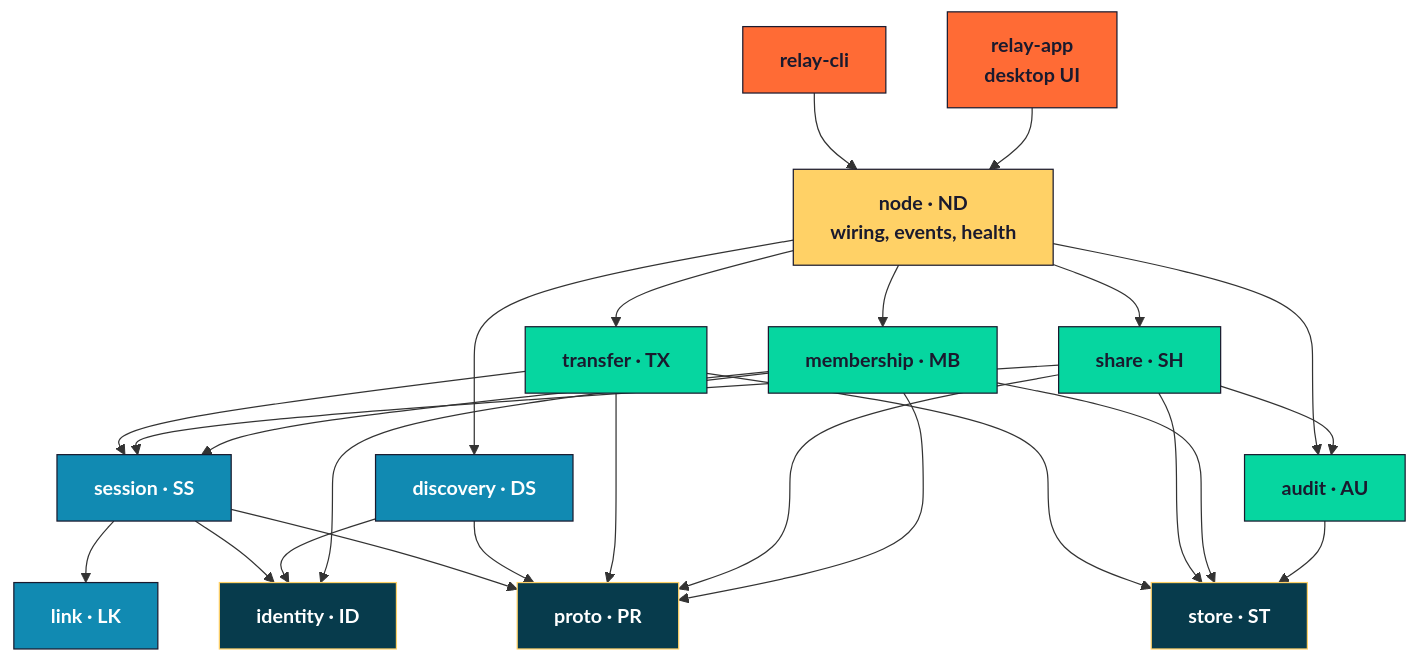
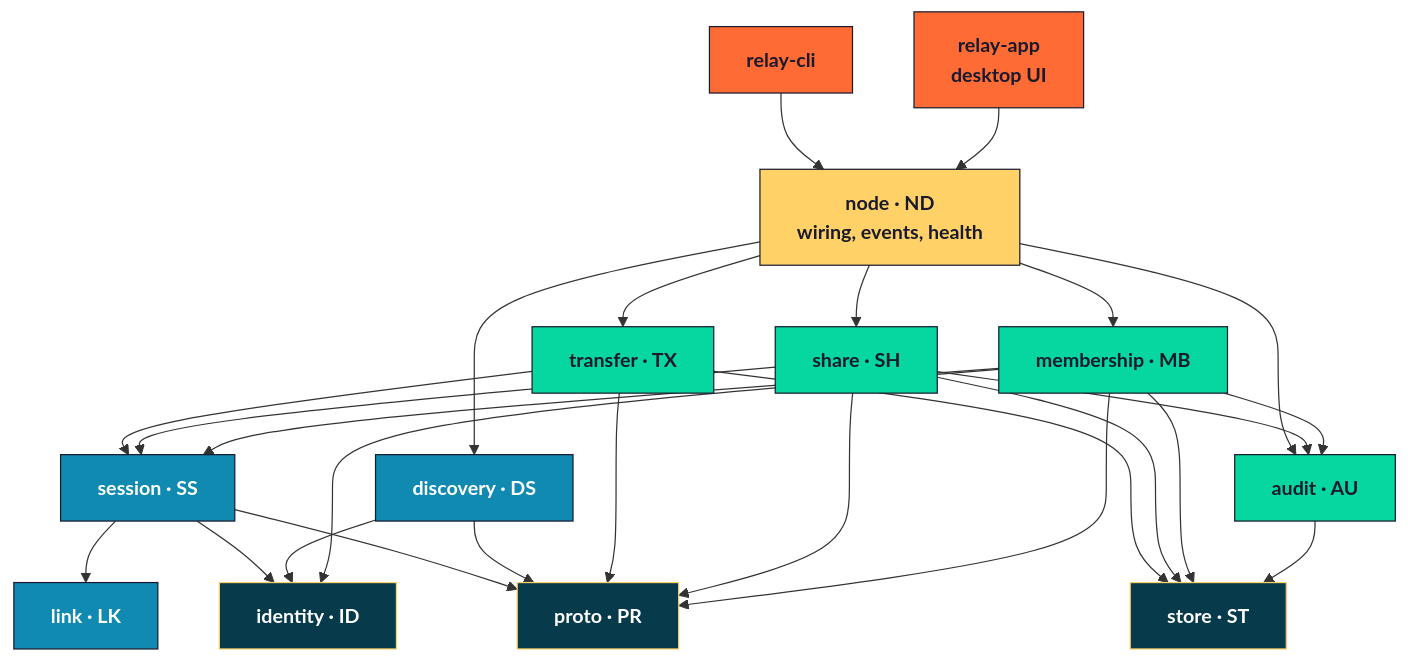
The first of 2 diagrams in docs/design/01-architecture.md (ShagnikPal123/Networking-Project), drawn with Mermaid before and after one commit. The commit also changed other lines of this file and 36 other files, not shown here.

````diff
--- a/docs/design/01-architecture.md
+++ b/docs/design/01-architecture.md
@@ -10,37 +10,38 @@
 ```mermaid
 flowchart TB
     classDef ui fill:#FF6B35,stroke:#1A1A2E,color:#1A1A2E,font-weight:bold
     classDef node fill:#FFD166,stroke:#1A1A2E,color:#1A1A2E,font-weight:bold
     classDef feat fill:#06D6A0,stroke:#1A1A2E,color:#1A1A2E
     classDef net fill:#118AB2,stroke:#1A1A2E,color:#FFFFFF
     classDef base fill:#073B4C,stroke:#FFD166,color:#FFFFFF
 
     CLI[relay-cli]:::ui
     APP[relay-app<br/>desktop UI]:::ui
     ND[node · ND<br/>wiring, events, health]:::node
 
     TX[transfer · TX]:::feat
     SH[share · SH]:::feat
     MB[membership · MB]:::feat
     AU[audit · AU]:::feat
 
     SS[session · SS]:::net
     LK[link · LK]:::net
     DS[discovery · DS]:::net
 
     ID[identity · ID]:::base
     PR[proto · PR]:::base
     ST[store · ST]:::base
 
     CLI --> ND
     APP --> ND
     ND --> TX & SH & MB & AU & DS
     TX --> SS
     SH --> SS
     SH --> AU
     MB --> SS
+    MB --> AU
     SS --> LK
     TX & SH & MB & AU --> ST
     SS & DS & MB --> ID
     SS & DS & TX & SH & MB --> PR
 ```
````
